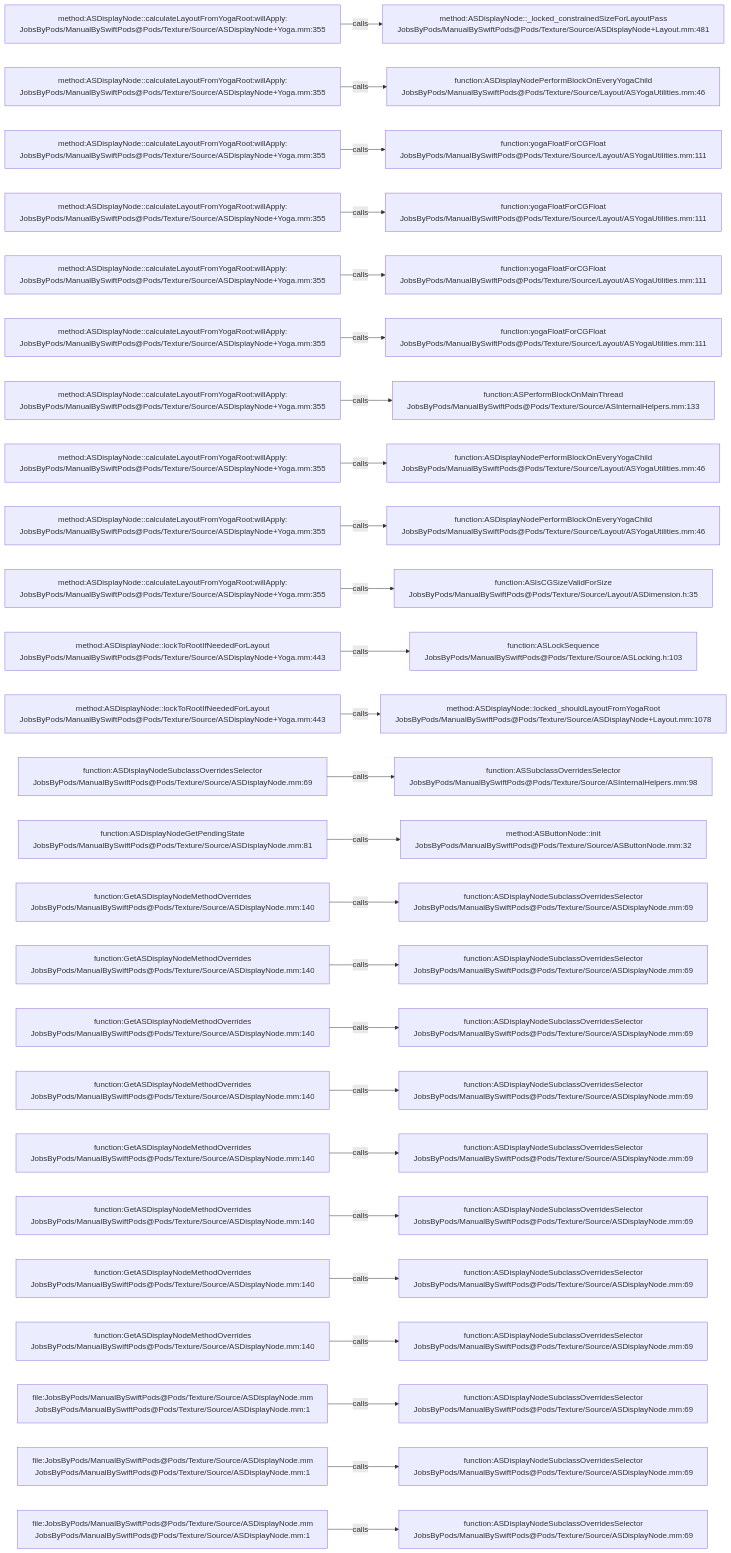
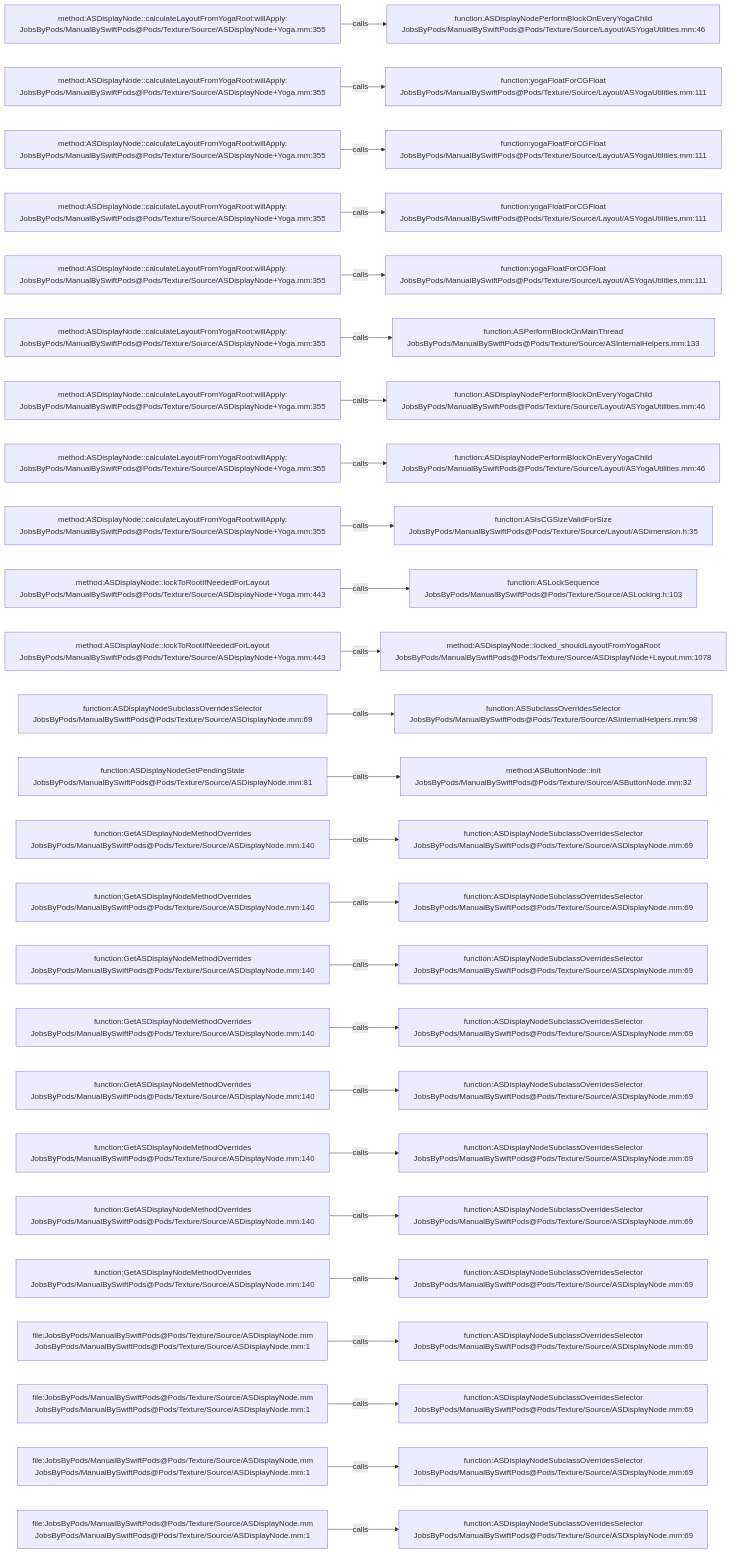
The diagram in .codegraph/codegraph.md/graphs/calls-026.md (JobsKits/JobsSwiftBaseConfigDemo), drawn with Mermaid before and after one commit. The commit also changed 747 other files, not shown here.

````diff
--- a/.codegraph/codegraph.md/graphs/calls-026.md
+++ b/.codegraph/codegraph.md/graphs/calls-026.md
@@ -13,78 +13,78 @@
 ```mermaid
 flowchart LR
   S1["method:ASDisplayNode::calculateLayoutFromYogaRoot:willApply:<br/>JobsByPods/ManualBySwiftPods@Pods/Texture/Source/ASDisplayNode+Yoga.mm:355"]
-  T1["method:ASDisplayNode::_locked_constrainedSizeForLayoutPass<br/>JobsByPods/ManualBySwiftPods@Pods/Texture/Source/ASDisplayNode+Layout.mm:481"]
+  T1["function:ASDisplayNodePerformBlockOnEveryYogaChild<br/>JobsByPods/ManualBySwiftPods@Pods/Texture/Source/Layout/ASYogaUtilities.mm:46"]
   S1 -->|calls| T1
   S2["method:ASDisplayNode::calculateLayoutFromYogaRoot:willApply:<br/>JobsByPods/ManualBySwiftPods@Pods/Texture/Source/ASDisplayNode+Yoga.mm:355"]
-  T2["function:ASDisplayNodePerformBlockOnEveryYogaChild<br/>JobsByPods/ManualBySwiftPods@Pods/Texture/Source/Layout/ASYogaUtilities.mm:46"]
+  T2["function:yogaFloatForCGFloat<br/>JobsByPods/ManualBySwiftPods@Pods/Texture/Source/Layout/ASYogaUtilities.mm:111"]
   S2 -->|calls| T2
   S3["method:ASDisplayNode::calculateLayoutFromYogaRoot:willApply:<br/>JobsByPods/ManualBySwiftPods@Pods/Texture/Source/ASDisplayNode+Yoga.mm:355"]
   T3["function:yogaFloatForCGFloat<br/>JobsByPods/ManualBySwiftPods@Pods/Texture/Source/Layout/ASYogaUtilities.mm:111"]
   S3 -->|calls| T3
   S4["method:ASDisplayNode::calculateLayoutFromYogaRoot:willApply:<br/>JobsByPods/ManualBySwiftPods@Pods/Texture/Source/ASDisplayNode+Yoga.mm:355"]
   T4["function:yogaFloatForCGFloat<br/>JobsByPods/ManualBySwiftPods@Pods/Texture/Source/Layout/ASYogaUtilities.mm:111"]
   S4 -->|calls| T4
   S5["method:ASDisplayNode::calculateLayoutFromYogaRoot:willApply:<br/>JobsByPods/ManualBySwiftPods@Pods/Texture/Source/ASDisplayNode+Yoga.mm:355"]
   T5["function:yogaFloatForCGFloat<br/>JobsByPods/ManualBySwiftPods@Pods/Texture/Source/Layout/ASYogaUtilities.mm:111"]
   S5 -->|calls| T5
   S6["method:ASDisplayNode::calculateLayoutFromYogaRoot:willApply:<br/>JobsByPods/ManualBySwiftPods@Pods/Texture/Source/ASDisplayNode+Yoga.mm:355"]
-  T6["function:yogaFloatForCGFloat<br/>JobsByPods/ManualBySwiftPods@Pods/Texture/Source/Layout/ASYogaUtilities.mm:111"]
+  T6["function:ASPerformBlockOnMainThread<br/>JobsByPods/ManualBySwiftPods@Pods/Texture/Source/ASInternalHelpers.mm:133"]
   S6 -->|calls| T6
   S7["method:ASDisplayNode::calculateLayoutFromYogaRoot:willApply:<br/>JobsByPods/ManualBySwiftPods@Pods/Texture/Source/ASDisplayNode+Yoga.mm:355"]
-  T7["function:ASPerformBlockOnMainThread<br/>JobsByPods/ManualBySwiftPods@Pods/Texture/Source/ASInternalHelpers.mm:133"]
+  T7["function:ASDisplayNodePerformBlockOnEveryYogaChild<br/>JobsByPods/ManualBySwiftPods@Pods/Texture/Source/Layout/ASYogaUtilities.mm:46"]
   S7 -->|calls| T7
   S8["method:ASDisplayNode::calculateLayoutFromYogaRoot:willApply:<br/>JobsByPods/ManualBySwiftPods@Pods/Texture/Source/ASDisplayNode+Yoga.mm:355"]
   T8["function:ASDisplayNodePerformBlockOnEveryYogaChild<br/>JobsByPods/ManualBySwiftPods@Pods/Texture/Source/Layout/ASYogaUtilities.mm:46"]
   S8 -->|calls| T8
   S9["method:ASDisplayNode::calculateLayoutFromYogaRoot:willApply:<br/>JobsByPods/ManualBySwiftPods@Pods/Texture/Source/ASDisplayNode+Yoga.mm:355"]
-  T9["function:ASDisplayNodePerformBlockOnEveryYogaChild<br/>JobsByPods/ManualBySwiftPods@Pods/Texture/Source/Layout/ASYogaUtilities.mm:46"]
+  T9["function:ASIsCGSizeValidForSize<br/>JobsByPods/ManualBySwiftPods@Pods/Texture/Source/Layout/ASDimension.h:35"]
   S9 -->|calls| T9
-  S10["method:ASDisplayNode::calculateLayoutFromYogaRoot:willApply:<br/>JobsByPods/ManualBySwiftPods@Pods/Texture/Source/ASDisplayNode+Yoga.mm:355"]
-  T10["function:ASIsCGSizeValidForSize<br/>JobsByPods/ManualBySwiftPods@Pods/Texture/Source/Layout/ASDimension.h:35"]
+  S10["method:ASDisplayNode::lockToRootIfNeededForLayout<br/>JobsByPods/ManualBySwiftPods@Pods/Texture/Source/ASDisplayNode+Yoga.mm:443"]
+  T10["function:ASLockSequence<br/>JobsByPods/ManualBySwiftPods@Pods/Texture/Source/ASLocking.h:103"]
   S10 -->|calls| T10
   S11["method:ASDisplayNode::lockToRootIfNeededForLayout<br/>JobsByPods/ManualBySwiftPods@Pods/Texture/Source/ASDisplayNode+Yoga.mm:443"]
-  T11["function:ASLockSequence<br/>JobsByPods/ManualBySwiftPods@Pods/Texture/Source/ASLocking.h:103"]
+  T11["method:ASDisplayNode::locked_shouldLayoutFromYogaRoot<br/>JobsByPods/ManualBySwiftPods@Pods/Texture/Source/ASDisplayNode+Layout.mm:1078"]
   S11 -->|calls| T11
-  S12["method:ASDisplayNode::lockToRootIfNeededForLayout<br/>JobsByPods/ManualBySwiftPods@Pods/Texture/Source/ASDisplayNode+Yoga.mm:443"]
-  T12["method:ASDisplayNode::locked_shouldLayoutFromYogaRoot<br/>JobsByPods/ManualBySwiftPods@Pods/Texture/Source/ASDisplayNode+Layout.mm:1078"]
+  S12["function:ASDisplayNodeSubclassOverridesSelector<br/>JobsByPods/ManualBySwiftPods@Pods/Texture/Source/ASDisplayNode.mm:69"]
+  T12["function:ASSubclassOverridesSelector<br/>JobsByPods/ManualBySwiftPods@Pods/Texture/Source/ASInternalHelpers.mm:98"]
   S12 -->|calls| T12
-  S13["function:ASDisplayNodeSubclassOverridesSelector<br/>JobsByPods/ManualBySwiftPods@Pods/Texture/Source/ASDisplayNode.mm:69"]
-  T13["function:ASSubclassOverridesSelector<br/>JobsByPods/ManualBySwiftPods@Pods/Texture/Source/ASInternalHelpers.mm:98"]
+  S13["function:ASDisplayNodeGetPendingState<br/>JobsByPods/ManualBySwiftPods@Pods/Texture/Source/ASDisplayNode.mm:81"]
+  T13["method:ASButtonNode::init<br/>JobsByPods/ManualBySwiftPods@Pods/Texture/Source/ASButtonNode.mm:32"]
   S13 -->|calls| T13
-  S14["function:ASDisplayNodeGetPendingState<br/>JobsByPods/ManualBySwiftPods@Pods/Texture/Source/ASDisplayNode.mm:81"]
-  T14["method:ASButtonNode::init<br/>JobsByPods/ManualBySwiftPods@Pods/Texture/Source/ASButtonNode.mm:32"]
+  S14["function:GetASDisplayNodeMethodOverrides<br/>JobsByPods/ManualBySwiftPods@Pods/Texture/Source/ASDisplayNode.mm:140"]
+  T14["function:ASDisplayNodeSubclassOverridesSelector<br/>JobsByPods/ManualBySwiftPods@Pods/Texture/Source/ASDisplayNode.mm:69"]
   S14 -->|calls| T14
   S15["function:GetASDisplayNodeMethodOverrides<br/>JobsByPods/ManualBySwiftPods@Pods/Texture/Source/ASDisplayNode.mm:140"]
   T15["function:ASDisplayNodeSubclassOverridesSelector<br/>JobsByPods/ManualBySwiftPods@Pods/Texture/Source/ASDisplayNode.mm:69"]
   S15 -->|calls| T15
   S16["function:GetASDisplayNodeMethodOverrides<br/>JobsByPods/ManualBySwiftPods@Pods/Texture/Source/ASDisplayNode.mm:140"]
   T16["function:ASDisplayNodeSubclassOverridesSelector<br/>JobsByPods/ManualBySwiftPods@Pods/Texture/Source/ASDisplayNode.mm:69"]
   S16 -->|calls| T16
   S17["function:GetASDisplayNodeMethodOverrides<br/>JobsByPods/ManualBySwiftPods@Pods/Texture/Source/ASDisplayNode.mm:140"]
   T17["function:ASDisplayNodeSubclassOverridesSelector<br/>JobsByPods/ManualBySwiftPods@Pods/Texture/Source/ASDisplayNode.mm:69"]
   S17 -->|calls| T17
   S18["function:GetASDisplayNodeMethodOverrides<br/>JobsByPods/ManualBySwiftPods@Pods/Texture/Source/ASDisplayNode.mm:140"]
   T18["function:ASDisplayNodeSubclassOverridesSelector<br/>JobsByPods/ManualBySwiftPods@Pods/Texture/Source/ASDisplayNode.mm:69"]
   S18 -->|calls| T18
   S19["function:GetASDisplayNodeMethodOverrides<br/>JobsByPods/ManualBySwiftPods@Pods/Texture/Source/ASDisplayNode.mm:140"]
   T19["function:ASDisplayNodeSubclassOverridesSelector<br/>JobsByPods/ManualBySwiftPods@Pods/Texture/Source/ASDisplayNode.mm:69"]
   S19 -->|calls| T19
   S20["function:GetASDisplayNodeMethodOverrides<br/>JobsByPods/ManualBySwiftPods@Pods/Texture/Source/ASDisplayNode.mm:140"]
   T20["function:ASDisplayNodeSubclassOverridesSelector<br/>JobsByPods/ManualBySwiftPods@Pods/Texture/Source/ASDisplayNode.mm:69"]
   S20 -->|calls| T20
   S21["function:GetASDisplayNodeMethodOverrides<br/>JobsByPods/ManualBySwiftPods@Pods/Texture/Source/ASDisplayNode.mm:140"]
   T21["function:ASDisplayNodeSubclassOverridesSelector<br/>JobsByPods/ManualBySwiftPods@Pods/Texture/Source/ASDisplayNode.mm:69"]
   S21 -->|calls| T21
-  S22["function:GetASDisplayNodeMethodOverrides<br/>JobsByPods/ManualBySwiftPods@Pods/Texture/Source/ASDisplayNode.mm:140"]
+  S22["file:JobsByPods/ManualBySwiftPods@Pods/Texture/Source/ASDisplayNode.mm<br/>JobsByPods/ManualBySwiftPods@Pods/Texture/Source/ASDisplayNode.mm:1"]
   T22["function:ASDisplayNodeSubclassOverridesSelector<br/>JobsByPods/ManualBySwiftPods@Pods/Texture/Source/ASDisplayNode.mm:69"]
   S22 -->|calls| T22
   S23["file:JobsByPods/ManualBySwiftPods@Pods/Texture/Source/ASDisplayNode.mm<br/>JobsByPods/ManualBySwiftPods@Pods/Texture/Source/ASDisplayNode.mm:1"]
   T23["function:ASDisplayNodeSubclassOverridesSelector<br/>JobsByPods/ManualBySwiftPods@Pods/Texture/Source/ASDisplayNode.mm:69"]
   S23 -->|calls| T23
   S24["file:JobsByPods/ManualBySwiftPods@Pods/Texture/Source/ASDisplayNode.mm<br/>JobsByPods/ManualBySwiftPods@Pods/Texture/Source/ASDisplayNode.mm:1"]
   T24["function:ASDisplayNodeSubclassOverridesSelector<br/>JobsByPods/ManualBySwiftPods@Pods/Texture/Source/ASDisplayNode.mm:69"]
   S24 -->|calls| T24
   S25["file:JobsByPods/ManualBySwiftPods@Pods/Texture/Source/ASDisplayNode.mm<br/>JobsByPods/ManualBySwiftPods@Pods/Texture/Source/ASDisplayNode.mm:1"]
   T25["function:ASDisplayNodeSubclassOverridesSelector<br/>JobsByPods/ManualBySwiftPods@Pods/Texture/Source/ASDisplayNode.mm:69"]
   S25 -->|calls| T25
 ```
````
